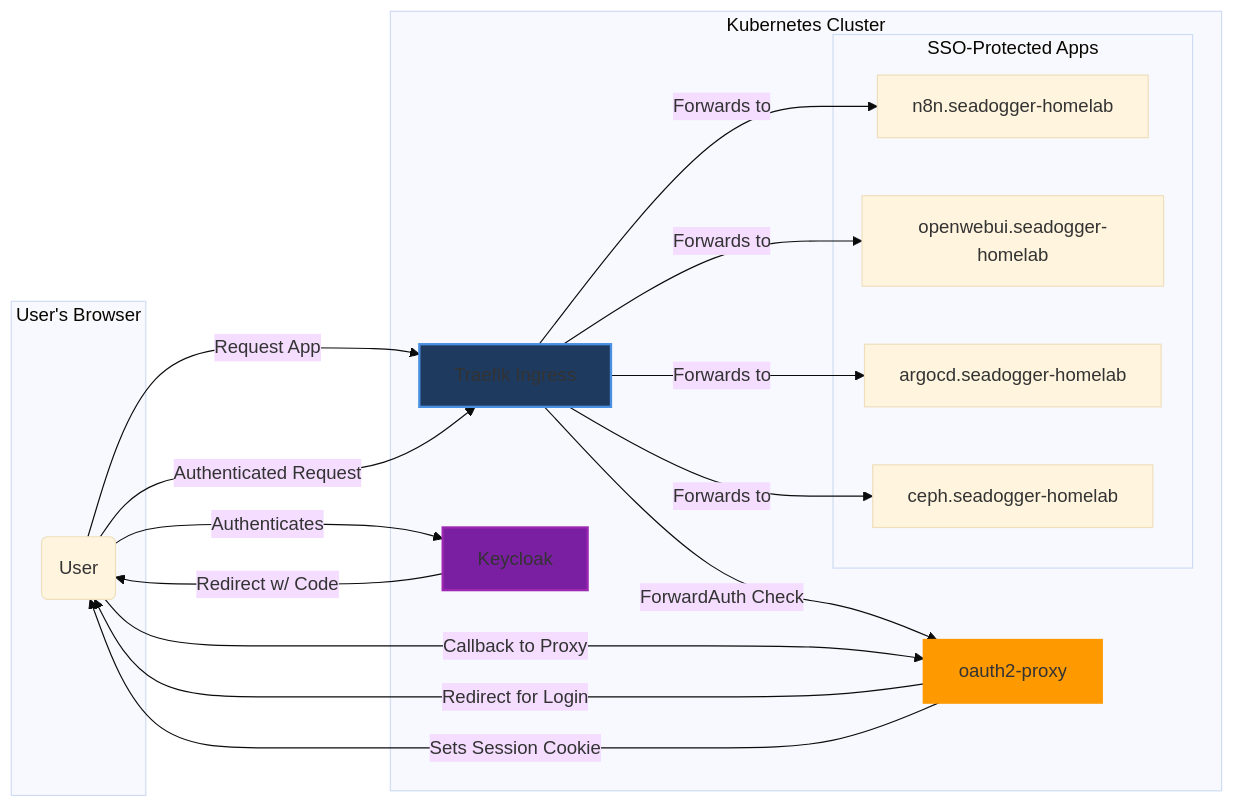
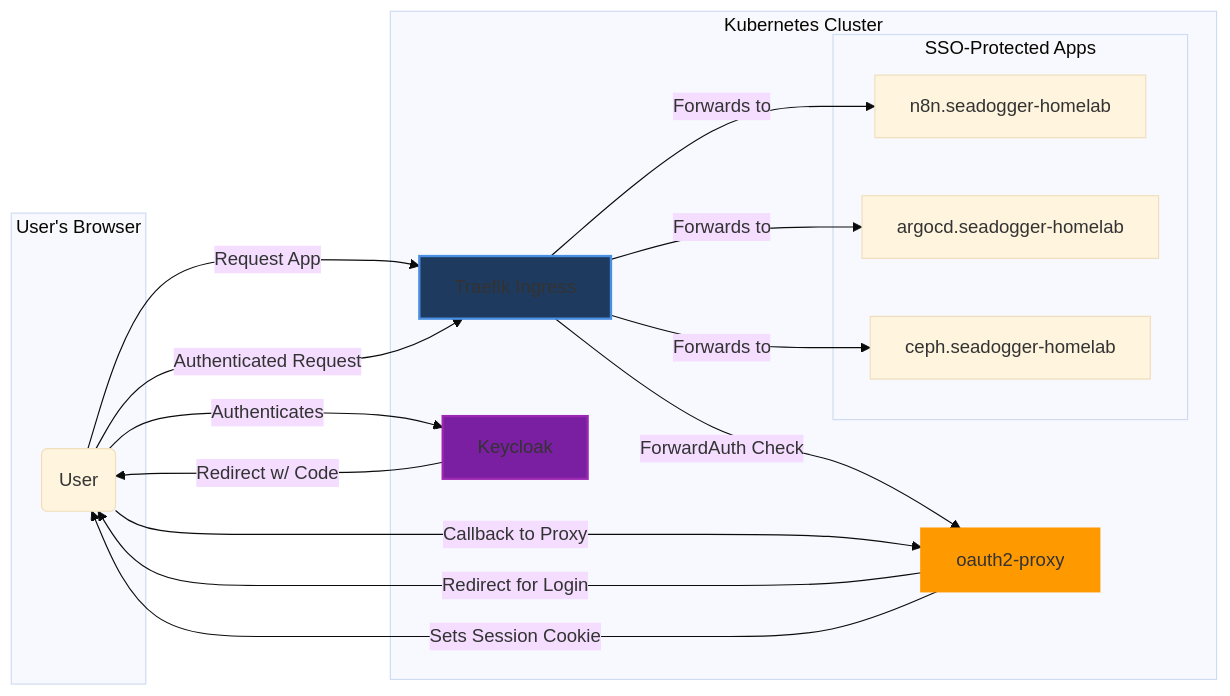
Before and after one commit to seadogger-tech/seadogger-homelab: the fifth of 8 diagrams in docs/wiki/08-Security-and-Certificates.md, drawn with Mermaid (base theme). The commit also changed other lines of this file, not shown here.

````diff
--- a/docs/wiki/08-Security-and-Certificates.md
+++ b/docs/wiki/08-Security-and-Certificates.md
@@ -238,36 +237,34 @@
 ```mermaid
 graph LR
     subgraph "User's Browser"
         U(User)
     end
 
     subgraph "Kubernetes Cluster"
         T[Traefik Ingress]
         O[oauth2-proxy]
         K[Keycloak]
         subgraph "SSO-Protected Apps"
             A2[n8n.seadogger-homelab]
-            A3[openwebui.seadogger-homelab]
             A6[argocd.seadogger-homelab]
             A7[ceph.seadogger-homelab]
         end
     end
 
     U -- "Request App" --> T
     T -- "ForwardAuth Check" --> O
     O -- "Redirect for Login" --> U
     U -- "Authenticates" --> K
     K -- "Redirect w/ Code" --> U
     U -- "Callback to Proxy" --> O
     O -- "Sets Session Cookie" --> U
     U -- "Authenticated Request" --> T
     
     T -- "Forwards to" --> A2
-    T -- "Forwards to" --> A3
     T -- "Forwards to" --> A6
     T -- "Forwards to" --> A7
 
     style T fill:#1e3a5f,stroke:#4a90e2,stroke-width:2px
     style O fill:#ff9900,stroke:#ff9900,stroke-width:2px
     style K fill:#7b1fa2,stroke:#9c27b0,stroke-width:2px
 ```
````
